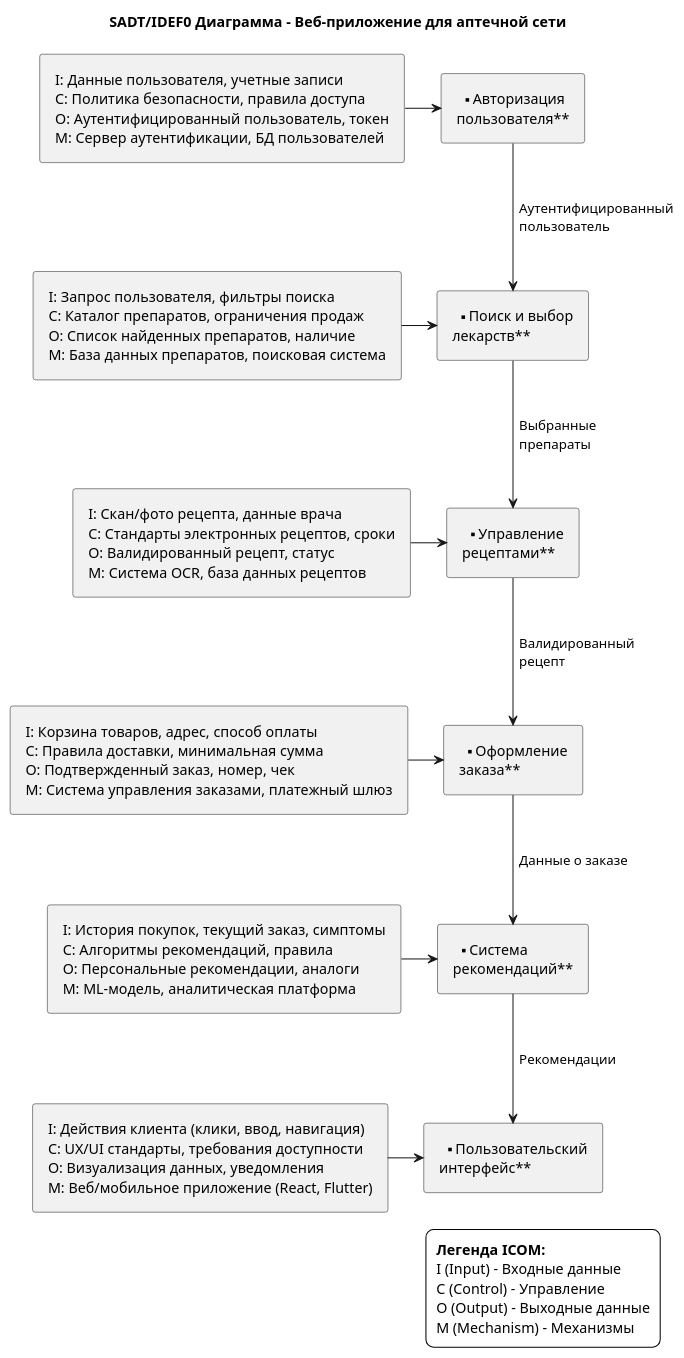
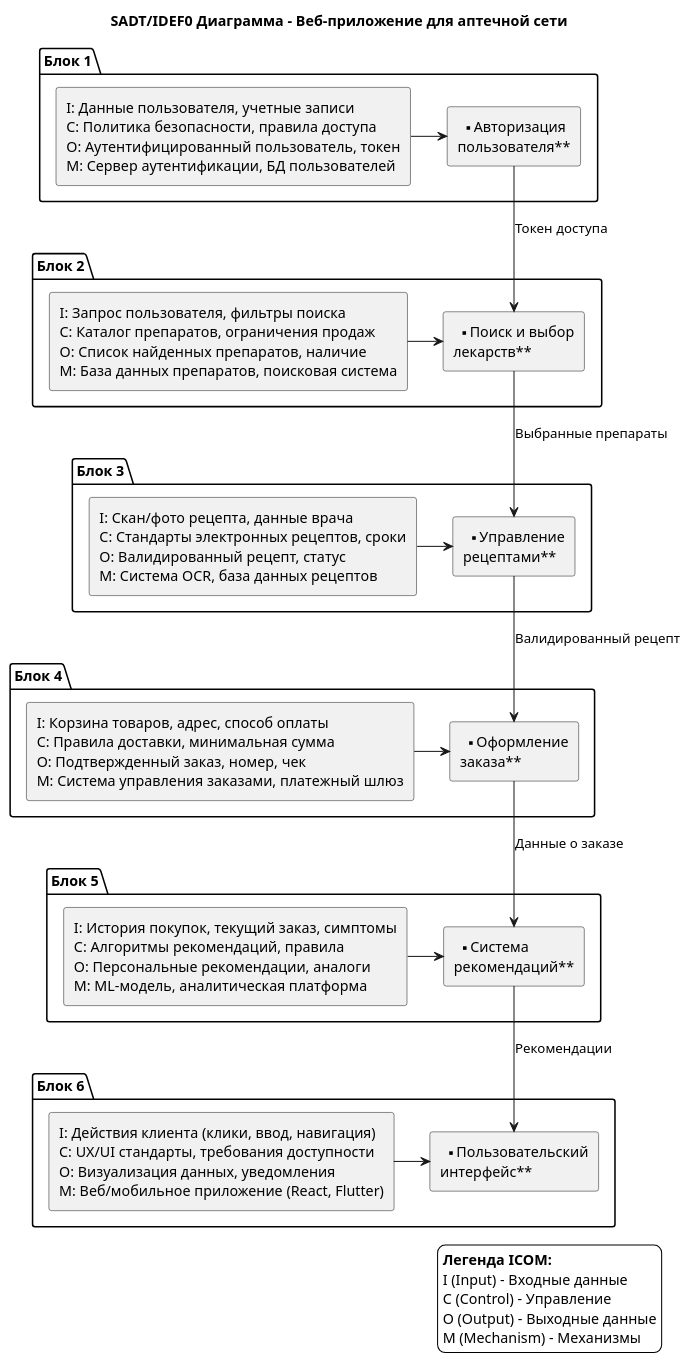
The diagram in pharmacy_sadt_vertical.puml (Arbuzarbuzenovich/main), drawn with PlantUML before and after one commit.

Commit message:
Refactor: Organize SADT diagram into packages and blocks

```diff
--- a/pharmacy_sadt_vertical.puml
+++ b/pharmacy_sadt_vertical.puml
@@ -1,53 +1,65 @@
 @startuml SADT вертикальная - Веб-приложение аптечной сети
 
 skinparam backgroundColor #FFFFFF
 skinparam defaultTextAlignment left
-skinparam padding 5
 
 title SADT/IDEF0 Диаграмма - Веб-приложение для аптечной сети
 
-' Определение всех блоков ICOM
-rectangle "I: Данные пользователя, учетные записи\nC: Политика безопасности, правила доступа\nO: Аутентифицированный пользователь, токен\nM: Сервер аутентификации, БД пользователей" as ICOM1
+' Блок 1
+package "Блок 1" {
+    rectangle "I: Данные пользователя, учетные записи\nC: Политика безопасности, правила доступа\nO: Аутентифицированный пользователь, токен\nM: Сервер аутентификации, БД пользователей" as B1_ICOM
+    rectangle "**Авторизация\nпользователя**" as B1_PROC
+    B1_ICOM -right-> B1_PROC
+}
 
-rectangle "I: Запрос пользователя, фильтры поиска\nC: Каталог препаратов, ограничения продаж\nO: Список найденных препаратов, наличие\nM: База данных препаратов, поисковая система" as ICOM2
+' Блок 2
+package "Блок 2" {
+    rectangle "I: Запрос пользователя, фильтры поиска\nC: Каталог препаратов, ограничения продаж\nO: Список найденных препаратов, наличие\nM: База данных препаратов, поисковая система" as B2_ICOM
+    rectangle "**Поиск и выбор\nлекарств**" as B2_PROC
+    B2_ICOM -right-> B2_PROC
+}
 
-rectangle "I: Скан/фото рецепта, данные врача\nC: Стандарты электронных рецептов, сроки\nO: Валидированный рецепт, статус\nM: Система OCR, база данных рецептов" as ICOM3
+' Блок 3
+package "Блок 3" {
+    rectangle "I: Скан/фото рецепта, данные врача\nC: Стандарты электронных рецептов, сроки\nO: Валидированный рецепт, статус\nM: Система OCR, база данных рецептов" as B3_ICOM
+    rectangle "**Управление\nрецептами**" as B3_PROC
+    B3_ICOM -right-> B3_PROC
+}
 
-rectangle "I: Корзина товаров, адрес, способ оплаты\nC: Правила доставки, минимальная сумма\nO: Подтвержденный заказ, номер, чек\nM: Система управления заказами, платежный шлюз" as ICOM4
+' Блок 4
+package "Блок 4" {
+    rectangle "I: Корзина товаров, адрес, способ оплаты\nC: Правила доставки, минимальная сумма\nO: Подтвержденный заказ, номер, чек\nM: Система управления заказами, платежный шлюз" as B4_ICOM
+    rectangle "**Оформление\nзаказа**" as B4_PROC
+    B4_ICOM -right-> B4_PROC
+}
 
-rectangle "I: История покупок, текущий заказ, симптомы\nC: Алгоритмы рекомендаций, правила\nO: Персональные рекомендации, аналоги\nM: ML-модель, аналитическая платформа" as ICOM5
+' Блок 5
+package "Блок 5" {
+    rectangle "I: История покупок, текущий заказ, симптомы\nC: Алгоритмы рекомендаций, правила\nO: Персональные рекомендации, аналоги\nM: ML-модель, аналитическая платформа" as B5_ICOM
+    rectangle "**Система\nрекомендаций**" as B5_PROC
+    B5_ICOM -right-> B5_PROC
+}
 
-rectangle "I: Действия клиента (клики, ввод, навигация)\nC: UX/UI стандарты, требования доступности\nO: Визуализация данных, уведомления\nM: Веб/мобильное приложение (React, Flutter)" as ICOM6
+' Блок 6
+package "Блок 6" {
+    rectangle "I: Действия клиента (клики, ввод, навигация)\nC: UX/UI стандарты, требования доступности\nO: Визуализация данных, уведомления\nM: Веб/мобильное приложение (React, Flutter)" as B6_ICOM
+    rectangle "**Пользовательский\nинтерфейс**" as B6_PROC
+    B6_ICOM -right-> B6_PROC
+}
 
-' Определение всех процессов
-rectangle "**Авторизация\nпользователя**" as PROC1
-rectangle "**Поиск и выбор\nлекарств**" as PROC2
-rectangle "**Управление\nрецептами**" as PROC3
-rectangle "**Оформление\nзаказа**" as PROC4
-rectangle "**Система\nрекомендаций**" as PROC5
-rectangle "**Пользовательский\nинтерфейс**" as PROC6
-
-' Связи горизонтальные (ICOM -> PROCESS)
-ICOM1 -right-> PROC1
-ICOM2 -right-> PROC2
-ICOM3 -right-> PROC3
-ICOM4 -right-> PROC4
-ICOM5 -right-> PROC5
-ICOM6 -right-> PROC6
-
-' Связи вертикальные (между процессами)
-PROC1 -down-> PROC2 : "Аутентифицированный\nпользователь"
-PROC2 -down-> PROC3 : "Выбранные\nпрепараты"
-PROC3 -down-> PROC4 : "Валидированный\nрецепт"
-PROC4 -down-> PROC5 : "Данные о заказе"
-PROC5 -down-> PROC6 : "Рекомендации"
+' Вертикальные связи между процессами
+B1_PROC -down-> B2_PROC : Токен доступа
+B2_PROC -down-> B3_PROC : Выбранные препараты
+B3_PROC -down-> B4_PROC : Валидированный рецепт
+B4_PROC -down-> B5_PROC : Данные о заказе
+B5_PROC -down-> B6_PROC : Рекомендации
 
 legend right
   **Легенда ICOM:**
   I (Input) - Входные данные
   C (Control) - Управление
   O (Output) - Выходные данные
   M (Mechanism) - Механизмы
 endlegend
 
 @enduml
```
